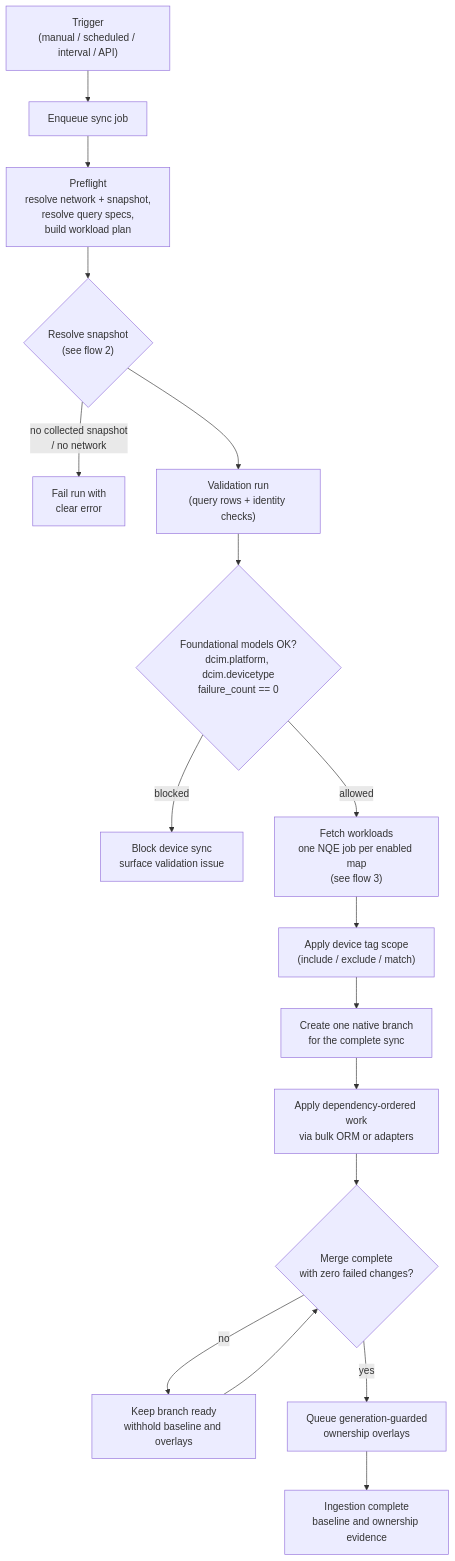
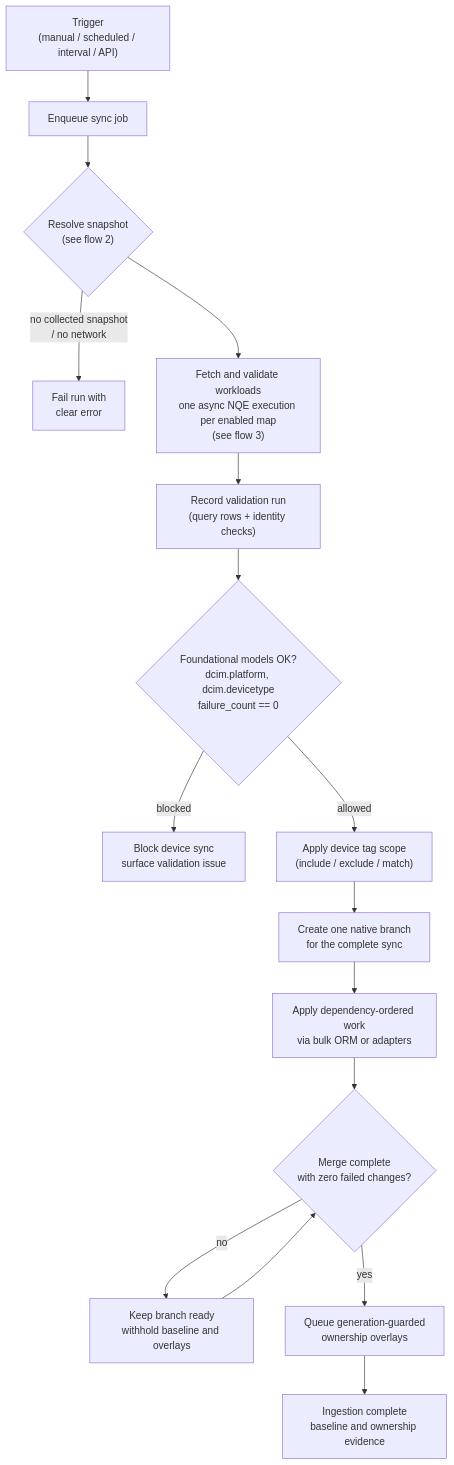
The first of 3 diagrams in docs/02_Reference/architecture-flow.md (forwardnetworks/forward-netbox), drawn with Mermaid before and after one commit. The commit also changed other lines of this file and 95 other files, not shown here.

````diff
--- a/docs/02_Reference/architecture-flow.md
+++ b/docs/02_Reference/architecture-flow.md
@@ -24,22 +25,19 @@
 ```mermaid
 flowchart TD
     trigger["Trigger\n(manual / scheduled / interval / API)"] --> enqueue["Enqueue sync job"]
-    enqueue --> preflight["Preflight\nresolve network + snapshot,\nresolve query specs,\nbuild workload plan"]
-
-    preflight --> snap{"Resolve snapshot\n(see flow 2)"}
+    enqueue --> snap{"Resolve snapshot\n(see flow 2)"}
     snap -->|"no collected snapshot\n/ no network"| fail["Fail run with\nclear error"]
-    snap --> validate["Validation run\n(query rows + identity checks)"]
+    snap --> fetch["Fetch and validate workloads\none async NQE execution per enabled map\n(see flow 3)"]
+    fetch --> validate["Record validation run\n(query rows + identity checks)"]
 
     validate --> gate{"Foundational models OK?\ndcim.platform, dcim.devicetype\nfailure_count == 0"}
     gate -->|"blocked"| stop["Block device sync\nsurface validation issue"]
-    gate -->|"allowed"| fetch["Fetch workloads\none NQE job per enabled map\n(see flow 3)"]
-
-    fetch --> scope["Apply device tag scope\n(include / exclude / match)"]
+    gate -->|"allowed"| scope["Apply device tag scope\n(include / exclude / match)"]
     scope --> branch["Create one native branch\nfor the complete sync"]
     branch --> apply["Apply dependency-ordered work\nvia bulk ORM or adapters"]
     apply --> merge{"Merge complete\nwith zero failed changes?"}
     merge -->|"no"| retry["Keep branch ready\nwithhold baseline and overlays"]
     retry --> merge
     merge -->|"yes"| overlays["Queue generation-guarded\nownership overlays"]
     overlays --> complete["Ingestion complete\nbaseline and ownership evidence"]
 ```
````
